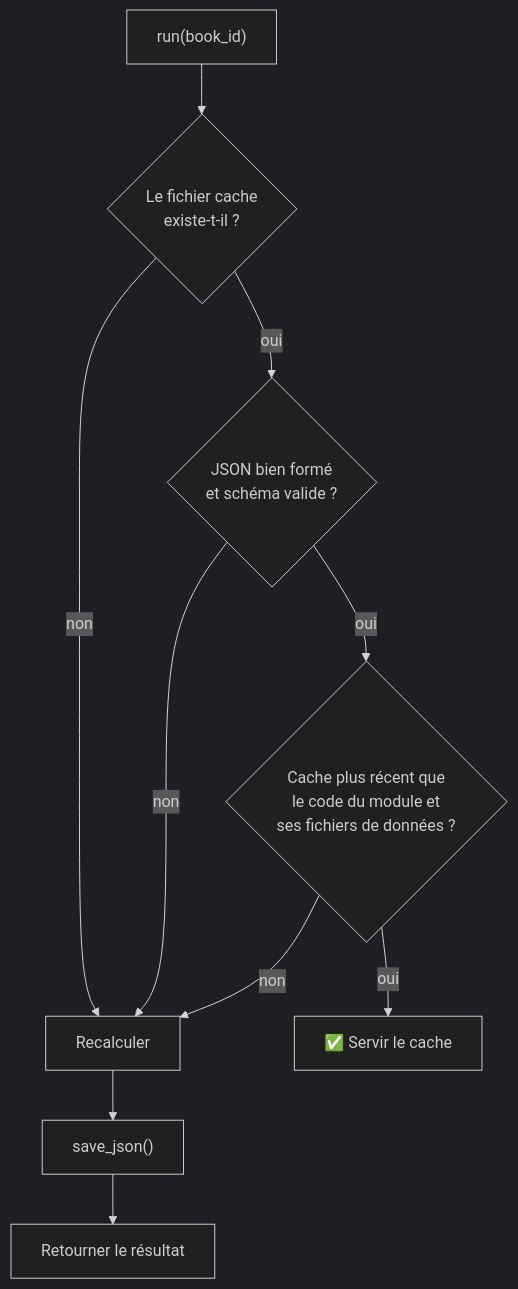
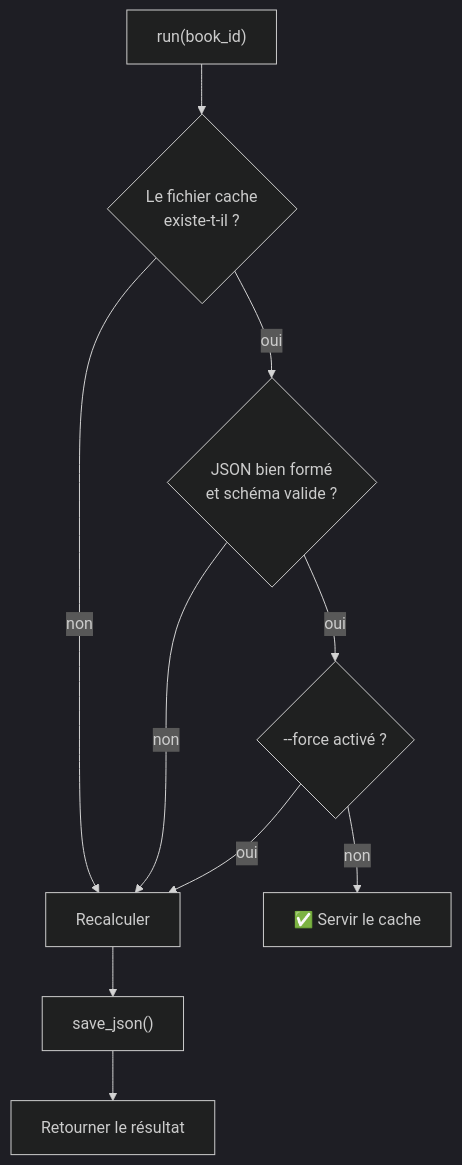
The fourth of 5 diagrams in documentation/ARCHITECTURE.md (SorokineDimitri/alice), drawn with Mermaid (dark theme) before and after one commit. The commit also changed other lines of this file and 11 other files, not shown here.

Commit message:
feat(cache): Introduced --force to replace the old logic of comparing the timestamp of generated cache; added the possibility to recompute and replace the cached result of each module;

````diff
--- a/documentation/ARCHITECTURE.md
+++ b/documentation/ARCHITECTURE.md
@@ -180,11 +180,11 @@
 ```mermaid
 flowchart TD
     A["run(book_id)"] --> B{"Le fichier cache<br/>existe-t-il ?"}
     B -- non --> CALC
     B -- oui --> C{"JSON bien formé<br/>et schéma valide ?"}
     C -- non --> CALC
-    C -- oui --> D{"Cache plus récent que<br/>le code du module et<br/>ses fichiers de données ?"}
-    D -- non --> CALC
-    D -- oui --> OK["✅ Servir le cache"]
+    C -- oui --> D{"--force activé ?"}
+    D -- oui --> CALC
+    D -- non --> OK["✅ Servir le cache"]
     CALC["Recalculer"] --> SAVE["save_json()"] --> RET["Retourner le résultat"]
 ```
````
